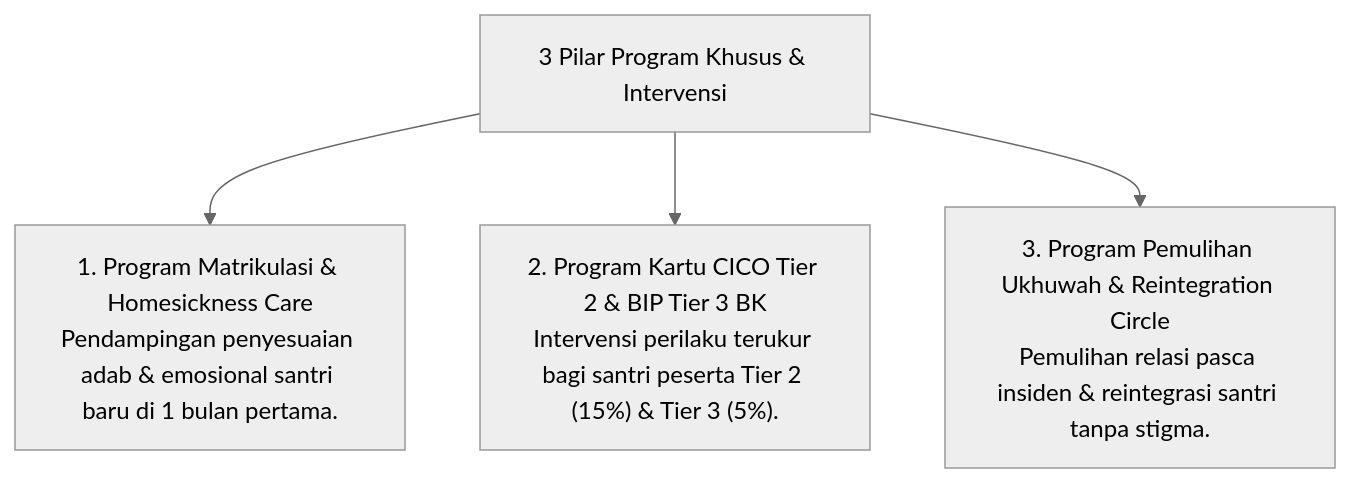
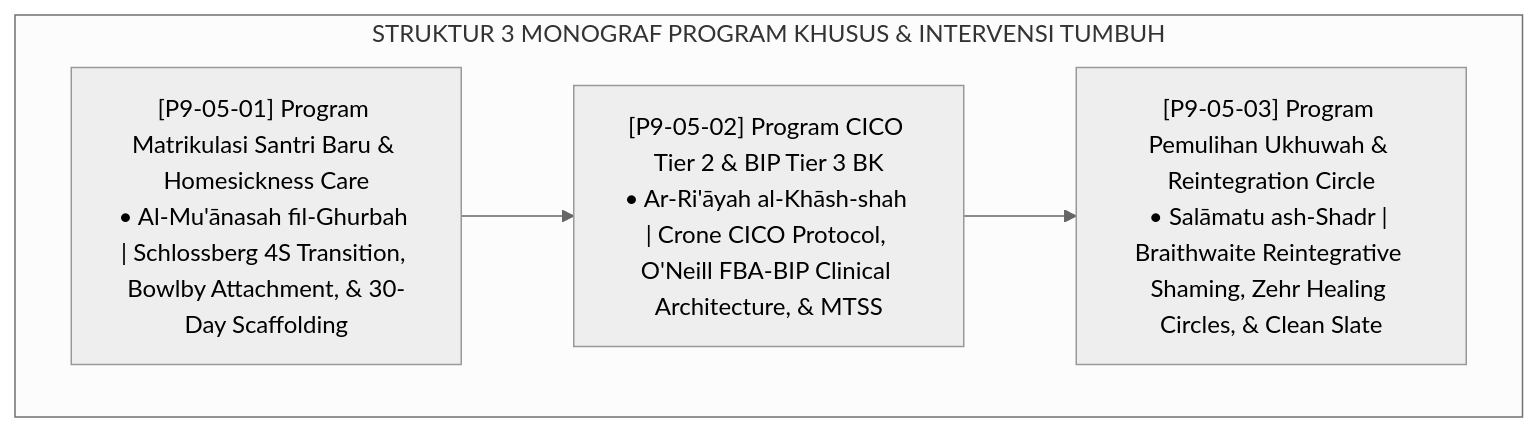
Before and after one commit to wandiapriliyandi/tumbuh: the diagram in 09 Programs/05 Special Programs/P9-05-Program-Khusus-dan-Intervensi.md, drawn with Mermaid (neutral theme). The commit also changed other lines of this file and 3 other files, not shown here.

Commit message:
docs(09-programs): complete all 4 research monographs for 05 Special Programs

````diff
--- a/09 Programs/05 Special Programs/P9-05-Program-Khusus-dan-Intervensi.md
+++ b/09 Programs/05 Special Programs/P9-05-Program-Khusus-dan-Intervensi.md
@@ -14,7 +21,9 @@
 ```mermaid
-graph TD
-    SpecialProgMap["3 Pilar Program Khusus & Intervensi"]
-    SpecialProgMap --> MatrikulasiCare["1. Program Matrikulasi & Homesickness Care<br/>Pendampingan penyesuaian adab & emosional santri baru di 1 bulan pertama."]
-    SpecialProgMap --> Tier23Intervention["2. Program Kartu CICO Tier 2 & BIP Tier 3 BK<br/>Intervensi perilaku terukur bagi santri peserta Tier 2 (15%) & Tier 3 (5%)."]
-    SpecialProgMap --> ReintegrationCircle["3. Program Pemulihan Ukhuwah & Reintegration Circle<br/>Pemulihan relasi pasca insiden & reintegrasi santri tanpa stigma."]
+flowchart TD
+    subgraph SpecialProgramsFramework["STRUKTUR 3 MONOGRAF PROGRAM KHUSUS & INTERVENSI TUMBUH"]
+        M01["[P9-05-01] Program Matrikulasi Santri Baru & Homesickness Care<br/>• Al-Mu'ānasah fil-Ghurbah | Schlossberg 4S Transition, Bowlby Attachment, & 30-Day Scaffolding"]
+        M02["[P9-05-02] Program CICO Tier 2 & BIP Tier 3 BK<br/>• Ar-Ri'āyah al-Khāsh-shah | Crone CICO Protocol, O'Neill FBA-BIP Clinical Architecture, & MTSS"]
+        M03["[P9-05-03] Program Pemulihan Ukhuwah & Reintegration Circle<br/>• Salāmatu ash-Shadr | Braithwaite Reintegrative Shaming, Zehr Healing Circles, & Clean Slate"]
+        M01 --> M02 --> M03
+    end
 ```
````
